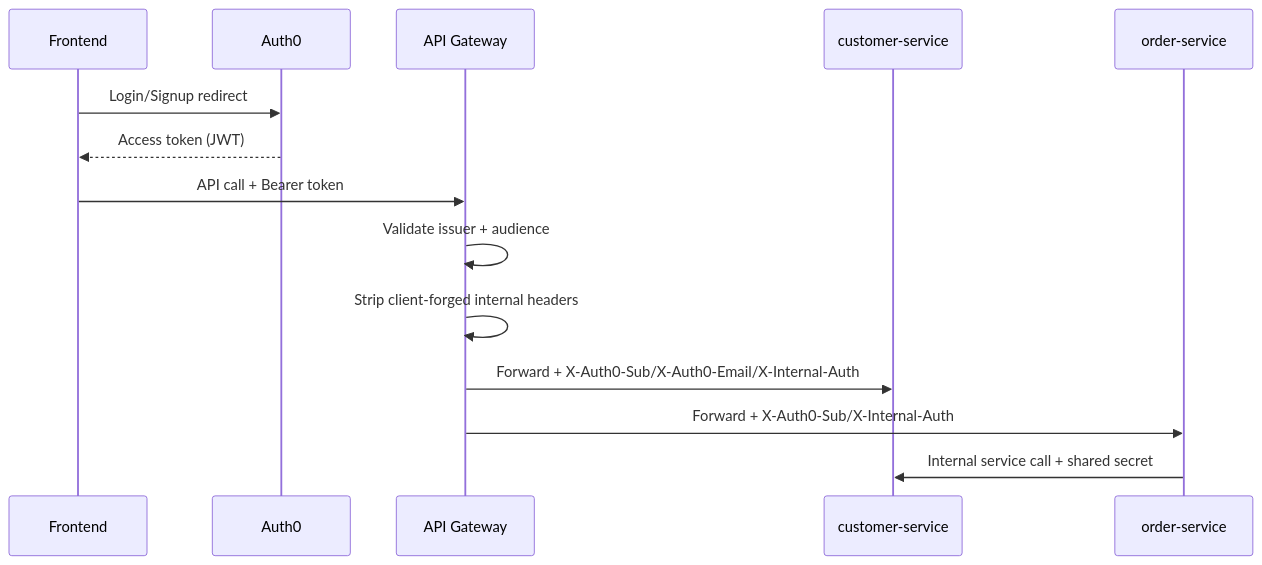
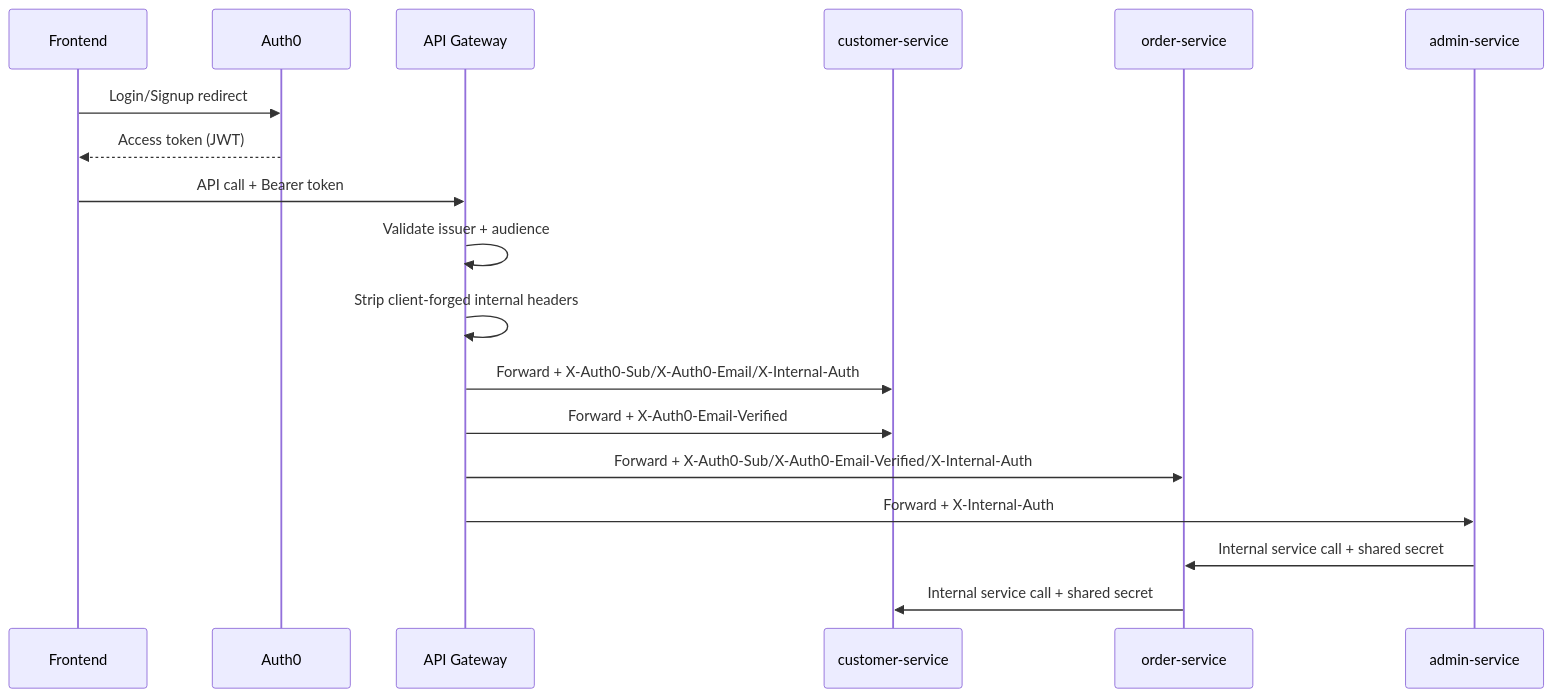
Before and after one commit to rumalg123/SpringBoot-Microservice: the second of 2 diagrams in README.md, drawn with Mermaid. The commit also changed other lines of this file and 36 other files, not shown here.

Commit message:
Add admin service

````diff
--- a/README.md
+++ b/README.md
@@ -118,17 +139,21 @@
 ```mermaid
 sequenceDiagram
     participant UI as Frontend
     participant A0 as Auth0
     participant GW as API Gateway
     participant CS as customer-service
     participant OS as order-service
+    participant ADS as admin-service
 
     UI->>A0: Login/Signup redirect
     A0-->>UI: Access token (JWT)
     UI->>GW: API call + Bearer token
     GW->>GW: Validate issuer + audience
     GW->>GW: Strip client-forged internal headers
     GW->>CS: Forward + X-Auth0-Sub/X-Auth0-Email/X-Internal-Auth
-    GW->>OS: Forward + X-Auth0-Sub/X-Internal-Auth
+    GW->>CS: Forward + X-Auth0-Email-Verified
+    GW->>OS: Forward + X-Auth0-Sub/X-Auth0-Email-Verified/X-Internal-Auth
+    GW->>ADS: Forward + X-Internal-Auth
+    ADS->>OS: Internal service call + shared secret
     OS->>CS: Internal service call + shared secret
 ```
````
